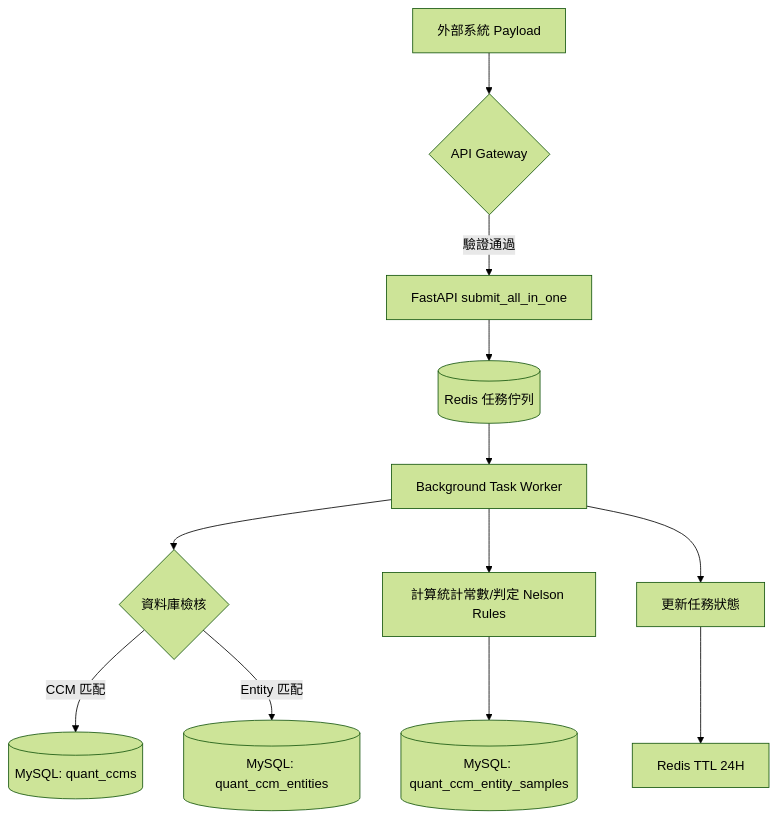
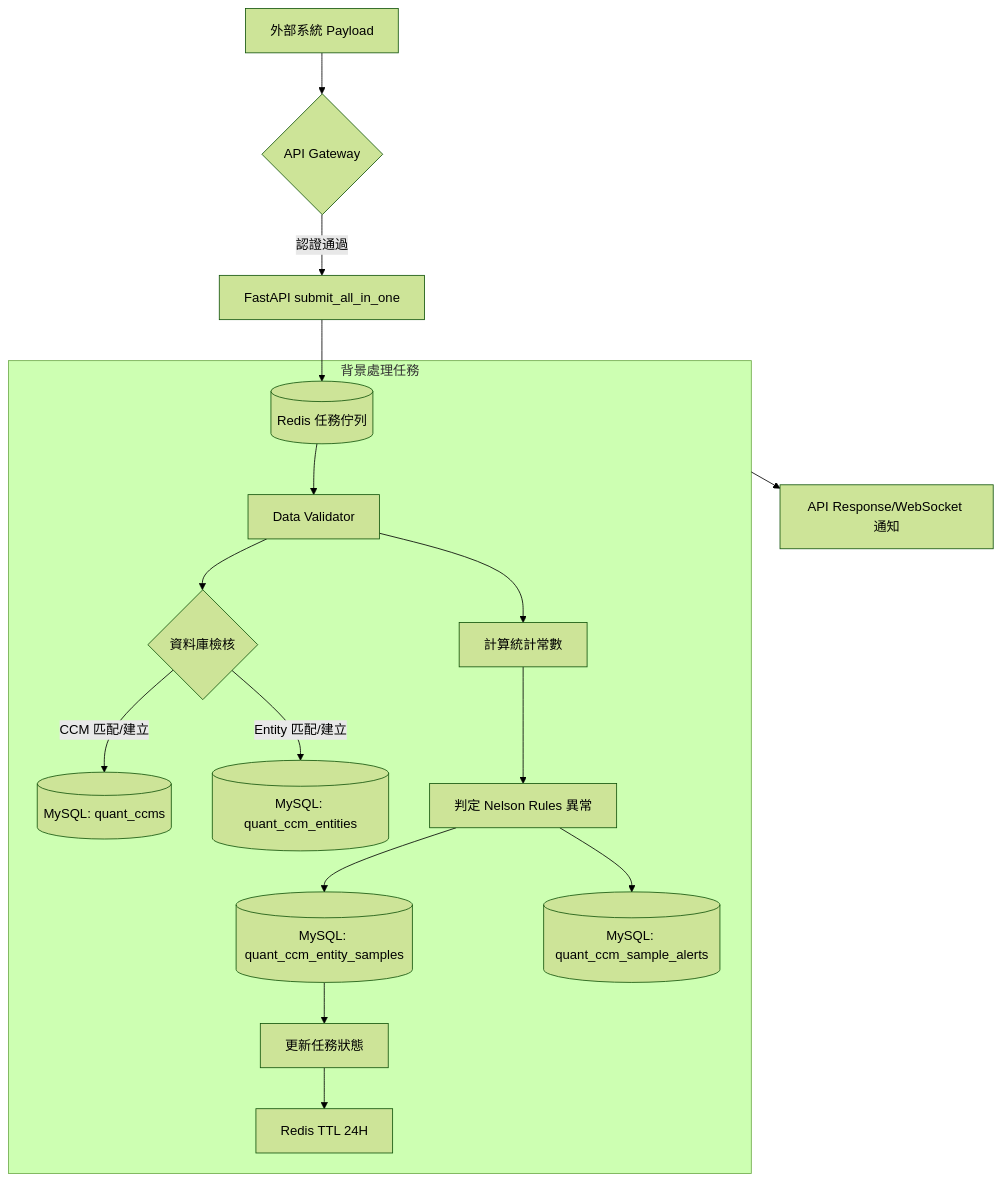
The diagram in docs/spc/06_DFD_資料流程圖.md (henry5720/work-docs), drawn with Mermaid (forest theme) before and after one commit. The commit also changed other lines of this file and 6 other files, not shown here.

Commit message:
docs(spc): 更新資料字典、資料流程圖、實體關係圖及 API 規格文件，增強內容的清晰度與準確性，並補充 JSON 格式定義，提升開發者使用體驗

````diff
--- a/docs/spc/06_DFD_資料流程圖.md
+++ b/docs/spc/06_DFD_資料流程圖.md
@@ -5,14 +7,23 @@
 ```mermaid
 graph TD
     A[外部系統 Payload] --> B{API Gateway}
-    B -->|驗證通過| C[FastAPI submit_all_in_one]
+    B -->|認證通過| C[FastAPI submit_all_in_one]
     C --> D[(Redis 任務佇列)]
-    D --> E[Background Task Worker]
-    E --> F{資料庫檢核}
-    F -->|CCM 匹配| G[(MySQL: quant_ccms)]
-    F -->|Entity 匹配| H[(MySQL: quant_ccm_entities)]
-    E --> I[計算統計常數/判定 Nelson Rules]
-    I --> J[(MySQL: quant_ccm_entity_samples)]
-    E --> K[更新任務狀態]
-    K --> L[Redis TTL 24H]
+    
+    subgraph BackgroundWorker [背景處理任務]
+        D --> E[Data Validator]
+        E --> F{資料庫檢核}
+        F -->|CCM 匹配/建立| G[(MySQL: quant_ccms)]
+        F -->|Entity 匹配/建立| H[(MySQL: quant_ccm_entities)]
+        
+        E --> I[計算統計常數]
+        I --> J[判定 Nelson Rules 異常]
+        J --> K[(MySQL: quant_ccm_entity_samples)]
+        J --> L[(MySQL: quant_ccm_sample_alerts)]
+        
+        K --> M[更新任務狀態]
+        M --> N[Redis TTL 24H]
+    end
+    
+    BackgroundWorker --> O[API Response/WebSocket 通知]
 ```
````
